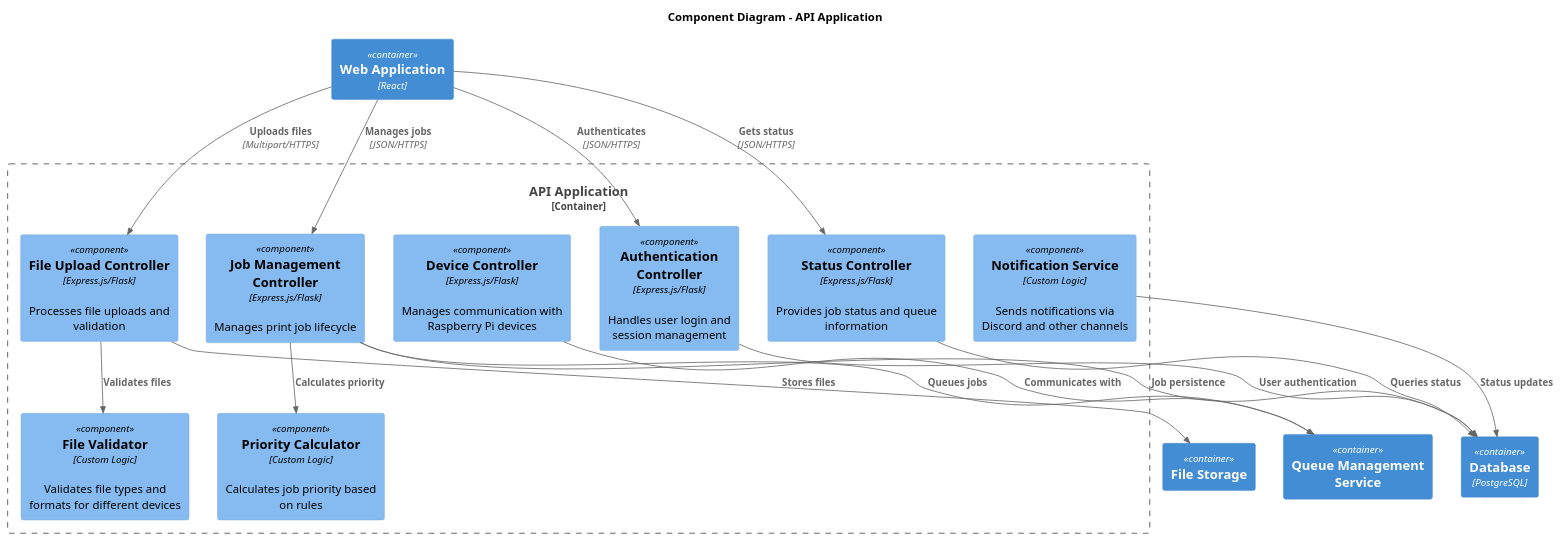
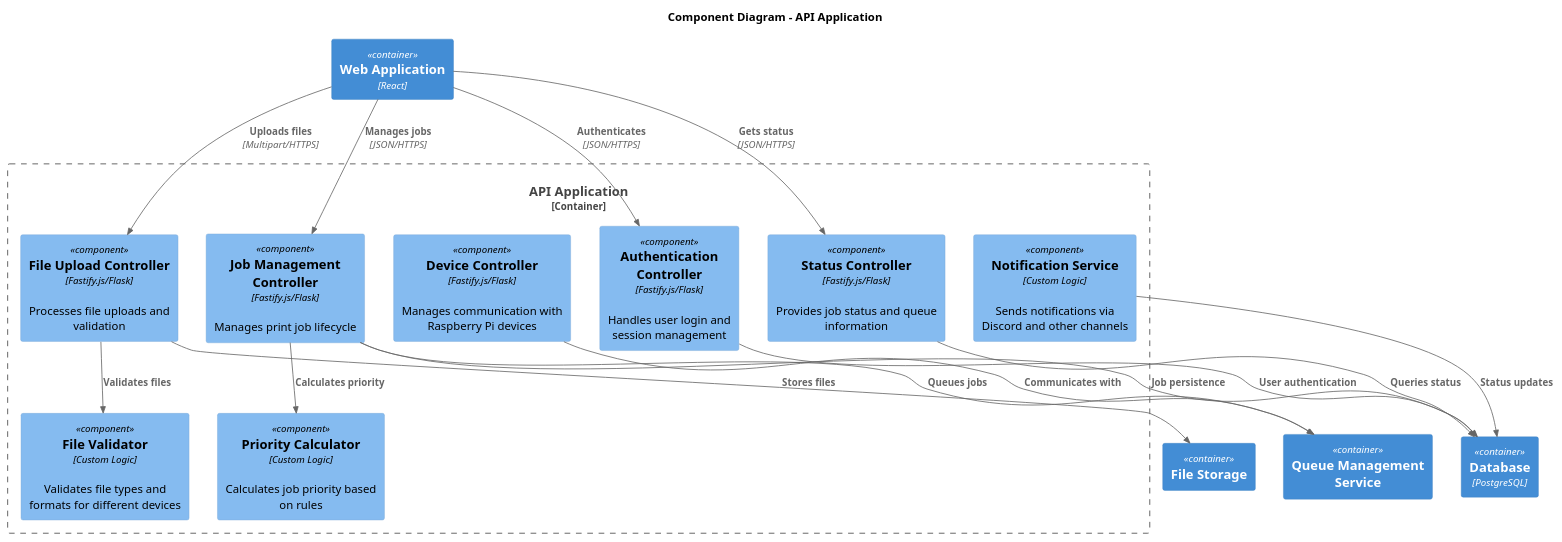
The diagram in docs/architecture/diagrams/level3-api-components.puml (LWTech-Innovation-Lab/LWTech-Innovation-Lab), drawn with PlantUML before and after one commit. The commit also changed 3 other files, not shown here.

Commit message:
refactor: update API application and component diagrams to use Fastify instead of Express

```diff
--- a/docs/architecture/diagrams/level3-api-components.puml
+++ b/docs/architecture/diagrams/level3-api-components.puml
@@ -1,39 +1,39 @@
 @startuml Level3_Components_API
 !include https://raw.githubusercontent.com/plantuml-stdlib/C4-PlantUML/master/C4_Component.puml
 
 title Component Diagram - API Application
 
 Container(webApp, "Web Application", "React")
 Container(database, "Database", "PostgreSQL")
 Container(queueManager, "Queue Management Service")
 Container(fileStorage, "File Storage")
 
 Container_Boundary(apiApp, "API Application") {
-    Component(authController, "Authentication Controller", "Express.js/Flask", "Handles user login and session management")
-    Component(fileController, "File Upload Controller", "Express.js/Flask", "Processes file uploads and validation")
-    Component(jobController, "Job Management Controller", "Express.js/Flask", "Manages print job lifecycle")
-    Component(statusController, "Status Controller", "Express.js/Flask", "Provides job status and queue information")
-    Component(deviceController, "Device Controller", "Express.js/Flask", "Manages communication with Raspberry Pi devices")
+    Component(authController, "Authentication Controller", "Fastify.js/Flask", "Handles user login and session management")
+    Component(fileController, "File Upload Controller", "Fastify.js/Flask", "Processes file uploads and validation")
+    Component(jobController, "Job Management Controller", "Fastify.js/Flask", "Manages print job lifecycle")
+    Component(statusController, "Status Controller", "Fastify.js/Flask", "Provides job status and queue information")
+    Component(deviceController, "Device Controller", "Fastify.js/Flask", "Manages communication with Raspberry Pi devices")
     
     Component(fileValidator, "File Validator", "Custom Logic", "Validates file types and formats for different devices")
     Component(priorityCalculator, "Priority Calculator", "Custom Logic", "Calculates job priority based on rules")
     Component(notificationService, "Notification Service", "Custom Logic", "Sends notifications via Discord and other channels")
 }
 
 Rel(webApp, authController, "Authenticates", "JSON/HTTPS")
 Rel(webApp, fileController, "Uploads files", "Multipart/HTTPS")
 Rel(webApp, jobController, "Manages jobs", "JSON/HTTPS")
 Rel(webApp, statusController, "Gets status", "JSON/HTTPS")
 
 Rel(fileController, fileValidator, "Validates files")
 Rel(fileController, fileStorage, "Stores files")
 Rel(jobController, priorityCalculator, "Calculates priority")
 Rel(jobController, queueManager, "Queues jobs")
 Rel(statusController, database, "Queries status")
 Rel(deviceController, queueManager, "Communicates with")
 
 Rel(authController, database, "User authentication")
 Rel(jobController, database, "Job persistence")
 Rel(notificationService, database, "Status updates")
 
 @enduml
```
